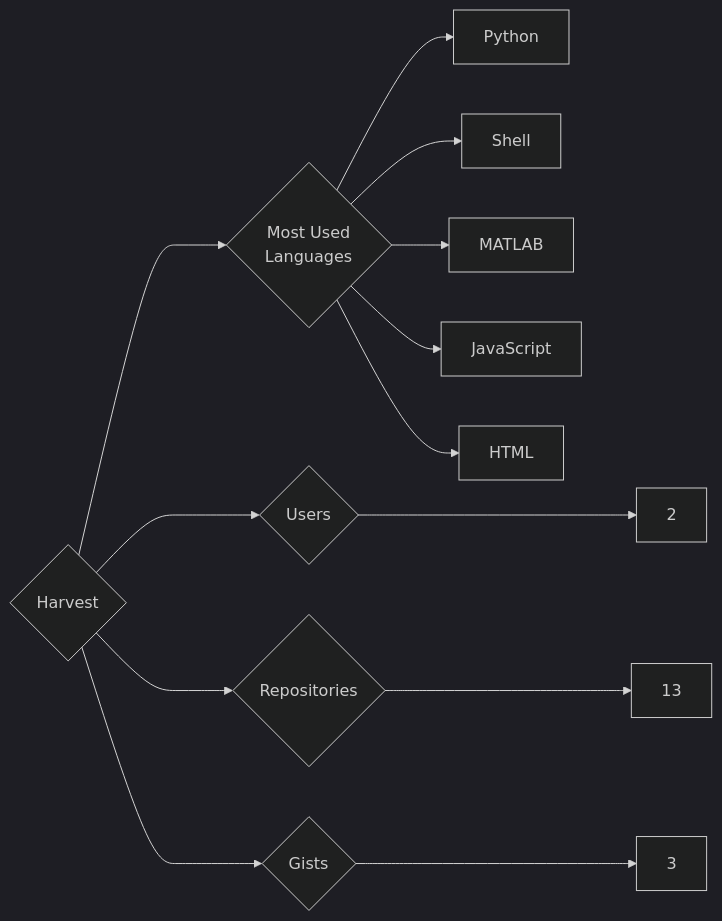
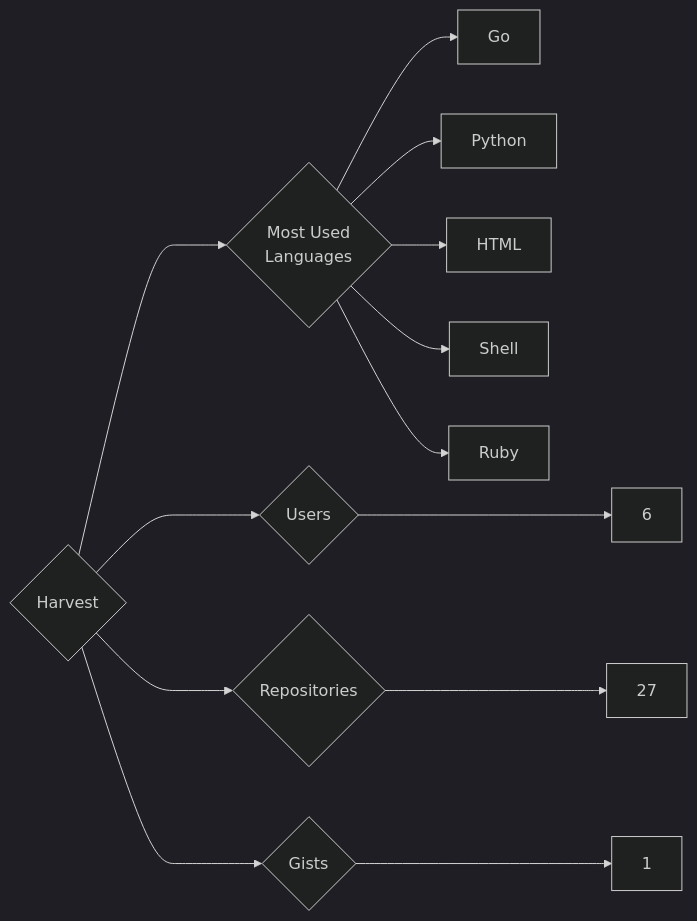
Before and after one commit to trickest/insiders: the diagram in targets/Harvest/README.md, drawn with Mermaid (dark theme). The commit also changed 1141 other files, not shown here.

````diff
--- a/targets/Harvest/README.md
+++ b/targets/Harvest/README.md
@@ -3,13 +3,13 @@
 ```mermaid
 graph LR
 COMPANY_NAME{Harvest}
-COMPANY_NAME ---> U{Users} ---> UN[2]
-COMPANY_NAME ---> R{Repositories} ---> RN[13]
-COMPANY_NAME ---> G{Gists} ---> GN[3]
+COMPANY_NAME ---> U{Users} ---> UN[6]
+COMPANY_NAME ---> R{Repositories} ---> RN[27]
+COMPANY_NAME ---> G{Gists} ---> GN[1]
 COMPANY_NAME ---> ML{Most Used<br>Languages}
+ML --> Go[Go]
 ML --> Python[Python]
+ML --> HTML[HTML]
 ML --> Shell[Shell]
-ML --> MATLAB[MATLAB]
-ML --> JavaScript[JavaScript]
-ML --> HTML[HTML]
+ML --> Ruby[Ruby]
 ```
````
